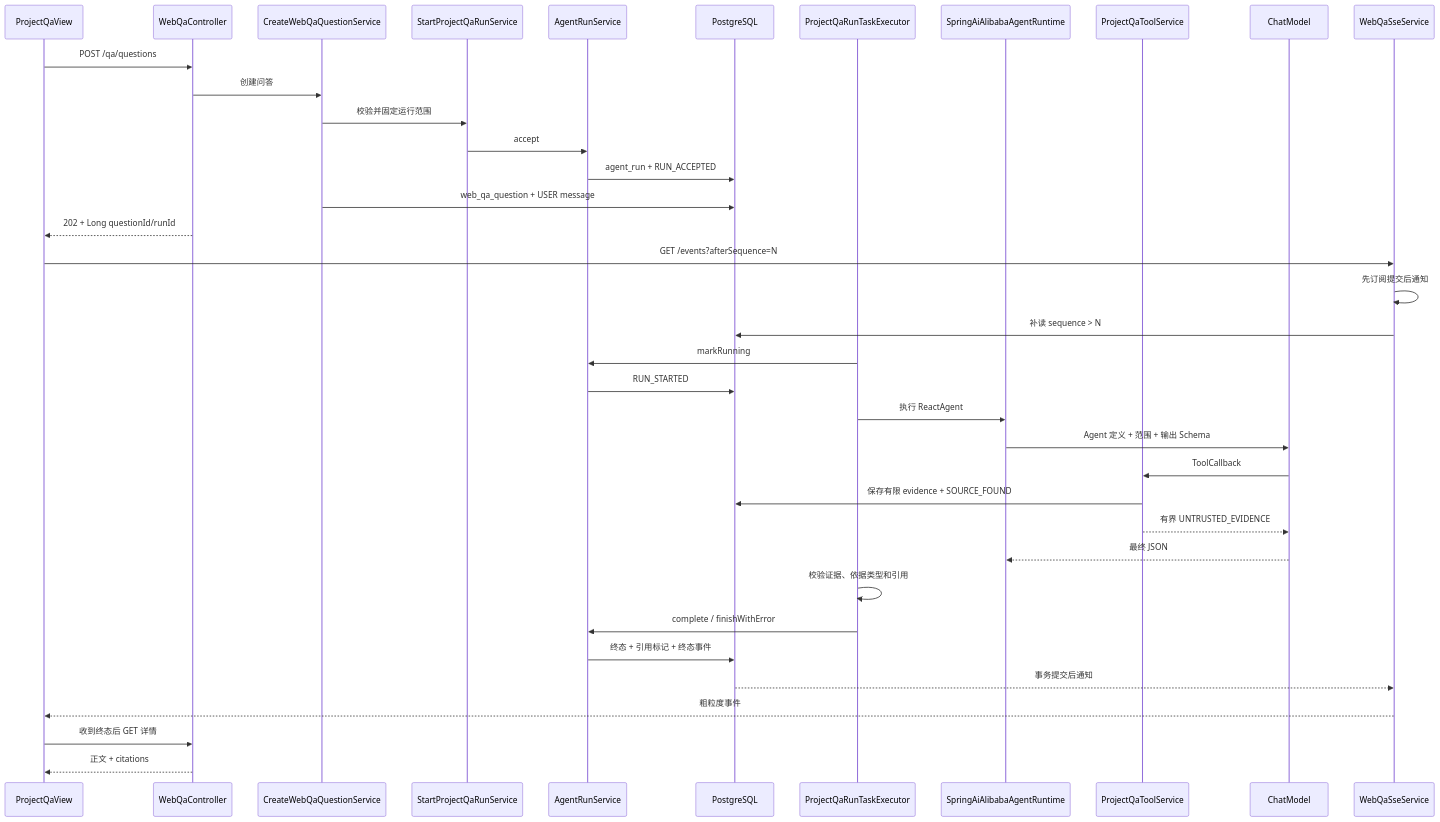
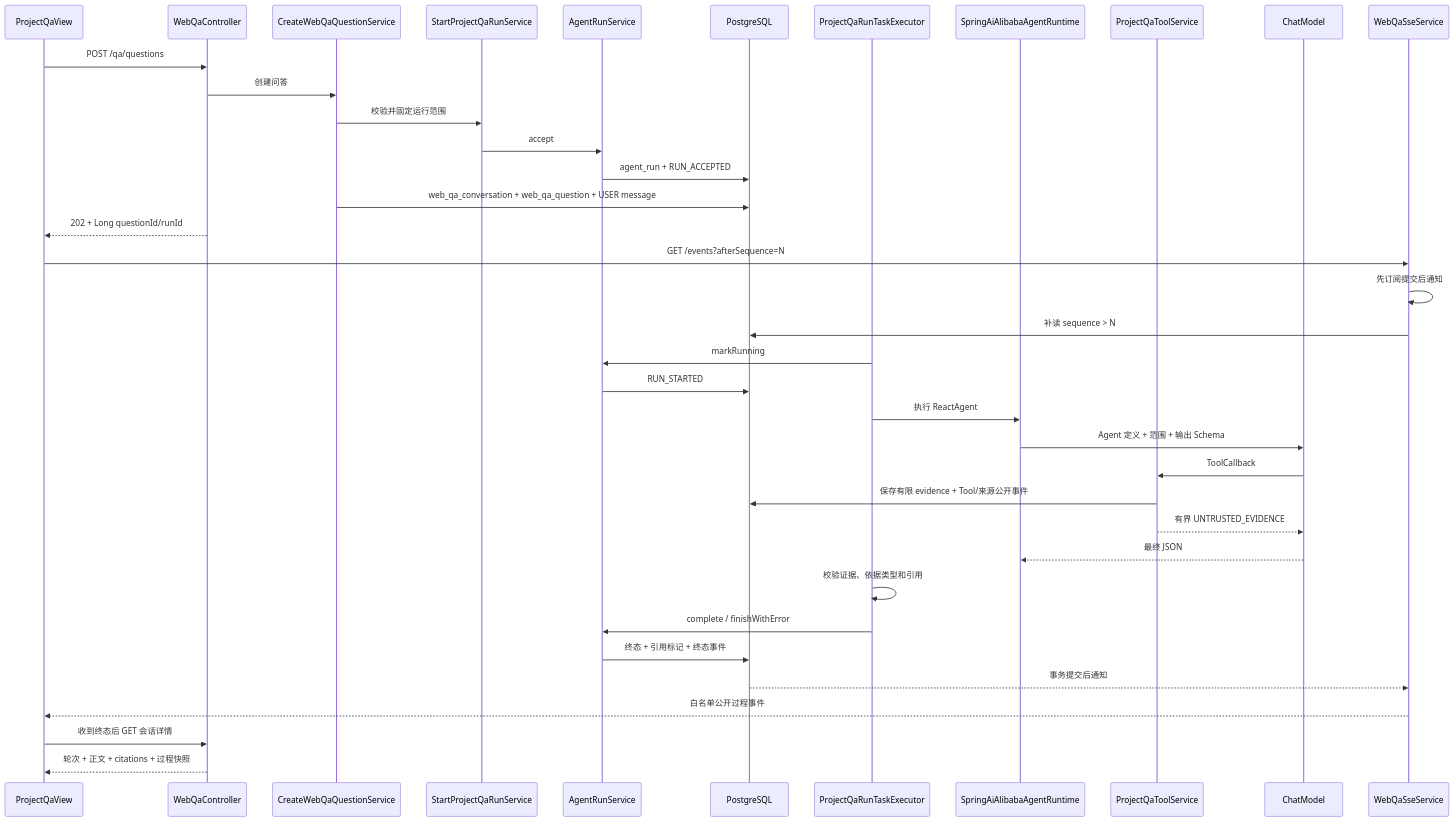
Before and after one commit to dztyykxx/LoreDock: the diagram in docs/architecture/项目问答全链路排查指南.md, drawn with Mermaid. The commit also changed other lines of this file and 63 other files, not shown here.

````diff
--- a/docs/architecture/项目问答全链路排查指南.md
+++ b/docs/architecture/项目问答全链路排查指南.md
@@ -15,40 +15,40 @@
 ```mermaid
 sequenceDiagram
     participant FE as ProjectQaView
     participant HTTP as WebQaController
     participant QA as CreateWebQaQuestionService
     participant START as StartProjectQaRunService
     participant RUN as AgentRunService
     participant DB as PostgreSQL
     participant EXEC as ProjectQaRunTaskExecutor
     participant RT as SpringAiAlibabaAgentRuntime
     participant TOOL as ProjectQaToolService
     participant MODEL as ChatModel
     participant SSE as WebQaSseService
 
     FE->>HTTP: POST /qa/questions
     HTTP->>QA: 创建问答
     QA->>START: 校验并固定运行范围
     START->>RUN: accept
     RUN->>DB: agent_run + RUN_ACCEPTED
-    QA->>DB: web_qa_question + USER message
+    QA->>DB: web_qa_conversation + web_qa_question + USER message
     HTTP-->>FE: 202 + Long questionId/runId
     FE->>SSE: GET /events?afterSequence=N
     SSE->>SSE: 先订阅提交后通知
     SSE->>DB: 补读 sequence > N
     EXEC->>RUN: markRunning
     RUN->>DB: RUN_STARTED
     EXEC->>RT: 执行 ReactAgent
     RT->>MODEL: Agent 定义 + 范围 + 输出 Schema
     MODEL->>TOOL: ToolCallback
-    TOOL->>DB: 保存有限 evidence + SOURCE_FOUND
+    TOOL->>DB: 保存有限 evidence + Tool/来源公开事件
     TOOL-->>MODEL: 有界 UNTRUSTED_EVIDENCE
     MODEL-->>RT: 最终 JSON
     EXEC->>EXEC: 校验证据、依据类型和引用
     EXEC->>RUN: complete / finishWithError
     RUN->>DB: 终态 + 引用标记 + 终态事件
     DB-->>SSE: 事务提交后通知
-    SSE-->>FE: 粗粒度事件
-    FE->>HTTP: 收到终态后 GET 详情
-    HTTP-->>FE: 正文 + citations
+    SSE-->>FE: 白名单公开过程事件
+    FE->>HTTP: 收到终态后 GET 会话详情
+    HTTP-->>FE: 轮次 + 正文 + citations + 过程快照
 ```
````
